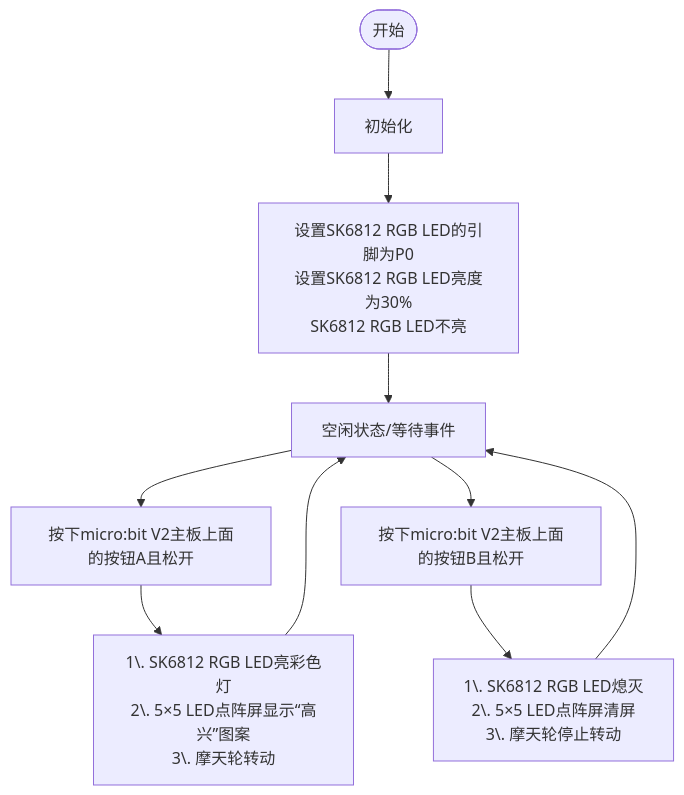
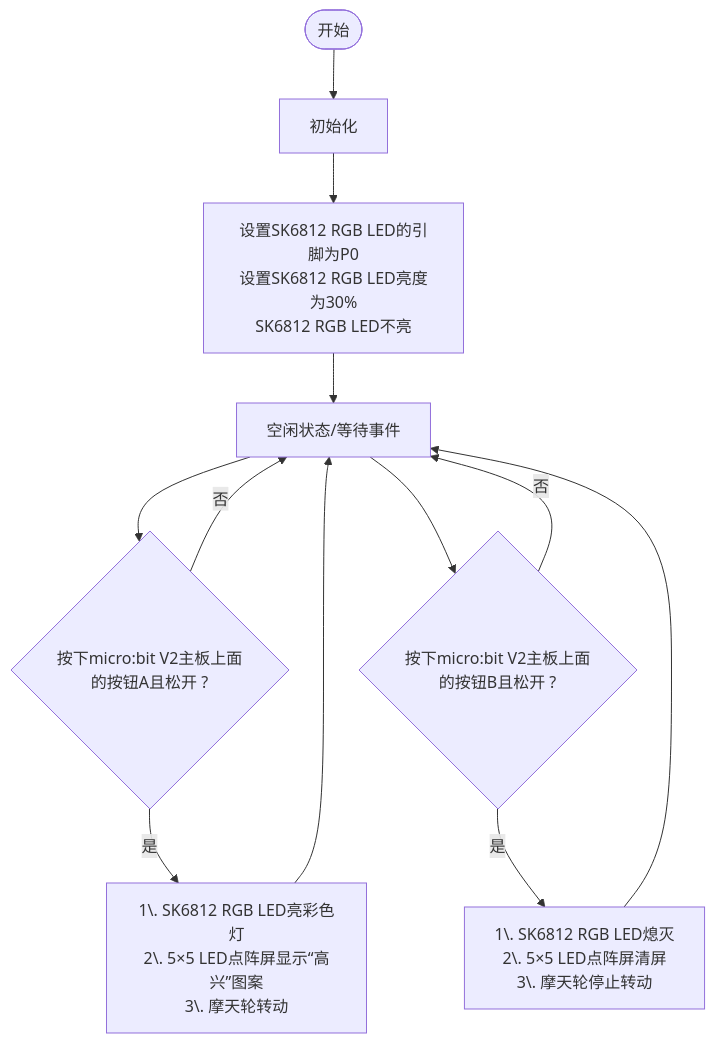
The diagram in docs/MakeCode_教程/Projects/课程07.md (keyestudio/KS0604-Keyestudio-Microbit-8-1-), drawn with Mermaid before and after one commit. The commit also changed other lines of this file and 253 other files, not shown here.

````diff
--- a/docs/MakeCode_教程/Projects/课程07.md
+++ b/docs/MakeCode_教程/Projects/课程07.md
@@ -33,17 +121,14 @@
 ```mermaid
 flowchart TD
     Start([开始]) --> OnInit1[初始化]
-
     OnInit1 --> OnInit2[设置SK6812 RGB LED的引脚为P0<br>设置SK6812 RGB LED亮度为30%<br>SK6812 RGB LED不亮]
-    
     OnInit2 --> IdleState[空闲状态/等待事件]
-    
-    IdleState --> EventBtnA[按下micro:bit V2主板上面的按钮A且松开]
-    IdleState --> EventBtnB[按下micro:bit V2主板上面的按钮B且松开]
-    
-    EventBtnA --> BtnAAction[1\. SK6812 RGB LED亮彩色灯<br>2\. 5×5 LED点阵屏显示“高兴”图案<br>3\. 摩天轮转动]
+    IdleState --> EventBtnA{按下micro:bit V2主板上面的按钮A且松开 ?}
+    IdleState --> EventBtnB{按下micro:bit V2主板上面的按钮B且松开 ?}
+    EventBtnA -->|否| IdleState
+    EventBtnA -->|是| BtnAAction[1\. SK6812 RGB LED亮彩色灯<br>2\. 5×5 LED点阵屏显示“高兴”图案<br>3\. 摩天轮转动]
     BtnAAction --> IdleState
-    
-    EventBtnB --> BtnBAction[1\. SK6812 RGB LED熄灭<br>2\. 5×5 LED点阵屏清屏<br>3\. 摩天轮停止转动]
+    EventBtnB -->|否| IdleState
+    EventBtnB -->|是| BtnBAction[1\. SK6812 RGB LED熄灭<br>2\. 5×5 LED点阵屏清屏<br>3\. 摩天轮停止转动]
     BtnBAction --> IdleState
 ```
````
